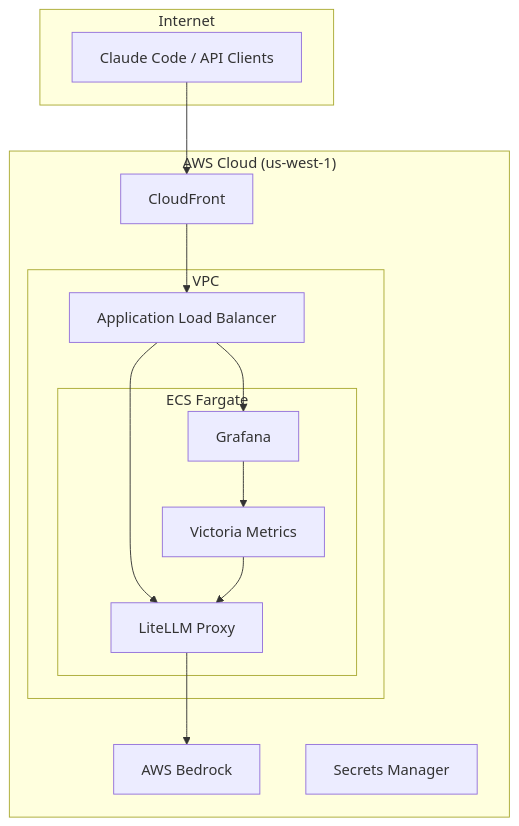
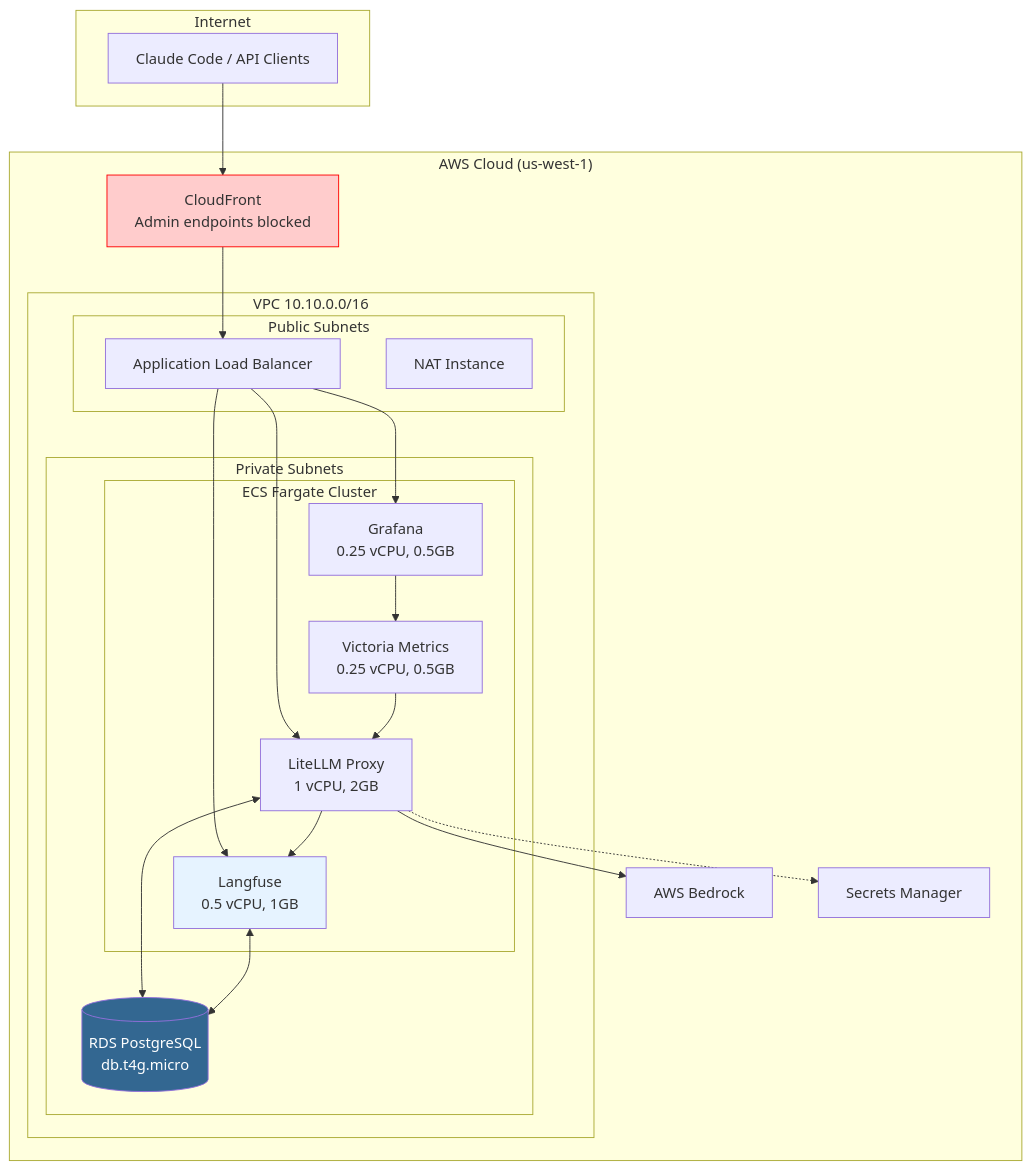
One commit to lorenzogirardi/gw_llm changed the third of 7 diagrams in README.md. Above: the diagram before and after it, drawn with Mermaid. The commit also changed other lines of this file and 17 other files, not shown here.

First line of the commit message:
feat(observability): add Langfuse LLM tracing integration

````diff
--- a/README.md
+++ b/README.md
@@ -77,31 +109,48 @@
 ```mermaid
 flowchart TB
     subgraph Internet
         clients[Claude Code / API Clients]
     end
 
     subgraph AWS["AWS Cloud (us-west-1)"]
-        cf[CloudFront]
+        cf[CloudFront<br/>Admin endpoints blocked]
 
-        subgraph VPC["VPC"]
-            alb[Application Load Balancer]
+        subgraph VPC["VPC 10.10.0.0/16"]
+            subgraph Public["Public Subnets"]
+                alb[Application Load Balancer]
+                nat[NAT Instance]
+            end
 
-            subgraph ECS["ECS Fargate"]
-                litellm[LiteLLM Proxy]
-                grafana[Grafana]
-                victoria[Victoria Metrics]
+            subgraph Private["Private Subnets"]
+                subgraph ECS["ECS Fargate Cluster"]
+                    litellm[LiteLLM Proxy<br/>1 vCPU, 2GB]
+                    langfuse[Langfuse<br/>0.5 vCPU, 1GB]
+                    grafana[Grafana<br/>0.25 vCPU, 0.5GB]
+                    victoria[Victoria Metrics<br/>0.25 vCPU, 0.5GB]
+                end
+
+                rds[(RDS PostgreSQL<br/>db.t4g.micro)]
             end
         end
 
         bedrock[AWS Bedrock]
         secrets[Secrets Manager]
     end
 
     clients --> cf
     cf --> alb
     alb --> litellm
     alb --> grafana
+    alb --> langfuse
     litellm --> bedrock
+    litellm <--> rds
+    litellm --> langfuse
+    langfuse <--> rds
     victoria --> litellm
     grafana --> victoria
+    litellm -.-> secrets
+
+    style cf fill:#ffcccc,stroke:#ff0000
+    style rds fill:#336791,color:#fff
+    style langfuse fill:#e6f3ff
 ```
````
